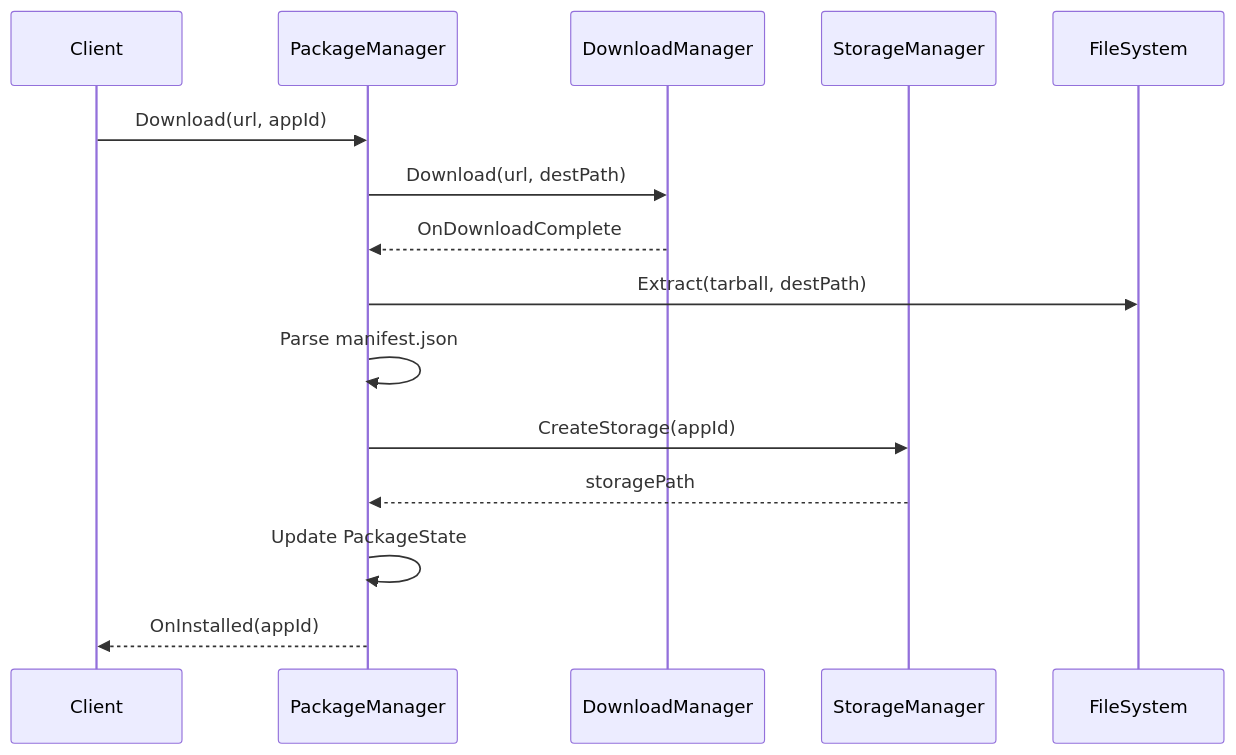
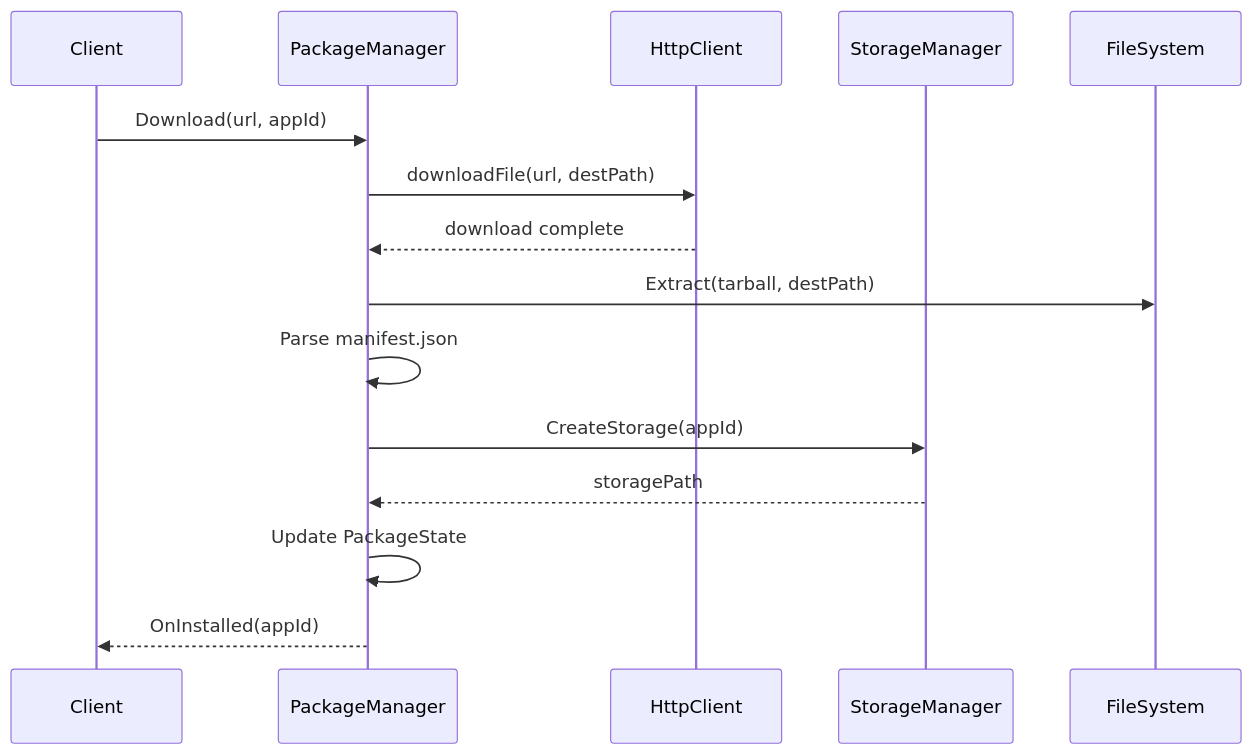
The third of 5 diagrams in PackageManager/PackageManager.md (rdkcentral/entservices-appmanagers), drawn with Mermaid before and after one commit. The commit also changed other lines of this file and 7 other files, not shown here.

````diff
--- a/PackageManager/PackageManager.md
+++ b/PackageManager/PackageManager.md
@@ -189,18 +180,18 @@
 ```mermaid
 sequenceDiagram
     participant Client
     participant PkgMgr as PackageManager
-    participant DLMgr as DownloadManager
+    participant HttpClient
     participant StorMgr as StorageManager
     participant FS as FileSystem
 
     Client->>PkgMgr: Download(url, appId)
-    PkgMgr->>DLMgr: Download(url, destPath)
-    DLMgr-->>PkgMgr: OnDownloadComplete
+    PkgMgr->>HttpClient: downloadFile(url, destPath)
+    HttpClient-->>PkgMgr: download complete
     PkgMgr->>FS: Extract(tarball, destPath)
     PkgMgr->>PkgMgr: Parse manifest.json
     PkgMgr->>StorMgr: CreateStorage(appId)
     StorMgr-->>PkgMgr: storagePath
     PkgMgr->>PkgMgr: Update PackageState
     PkgMgr-->>Client: OnInstalled(appId)
 ```
````
